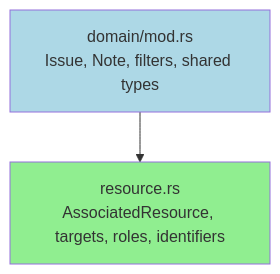
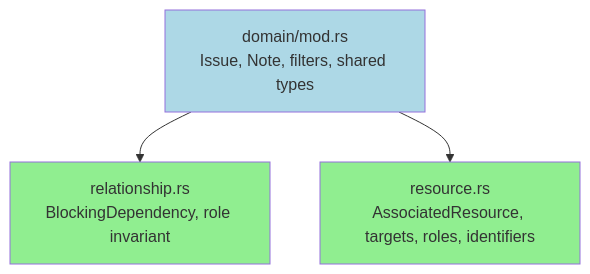
Before and after one commit to dwalleck/rivets: the third of 5 diagrams in docs/module-structure.md, drawn with Mermaid. The commit also changed other lines of this file and 24 other files, not shown here.

````diff
--- a/docs/module-structure.md
+++ b/docs/module-structure.md
@@ -183,7 +183,9 @@
 ```mermaid
 graph TD
-    ModRS[domain/mod.rs<br/>Issue, Note, filters, shared types] --> Resource[resource.rs<br/>AssociatedResource, targets, roles, identifiers]
+    ModRS[domain/mod.rs<br/>Issue, Note, filters, shared types] --> Relationship[relationship.rs<br/>BlockingDependency, role invariant]
+    ModRS --> Resource[resource.rs<br/>AssociatedResource, targets, roles, identifiers]
 
     style ModRS fill:#ADD8E6
+    style Relationship fill:#90EE90
     style Resource fill:#90EE90
 ```
````
